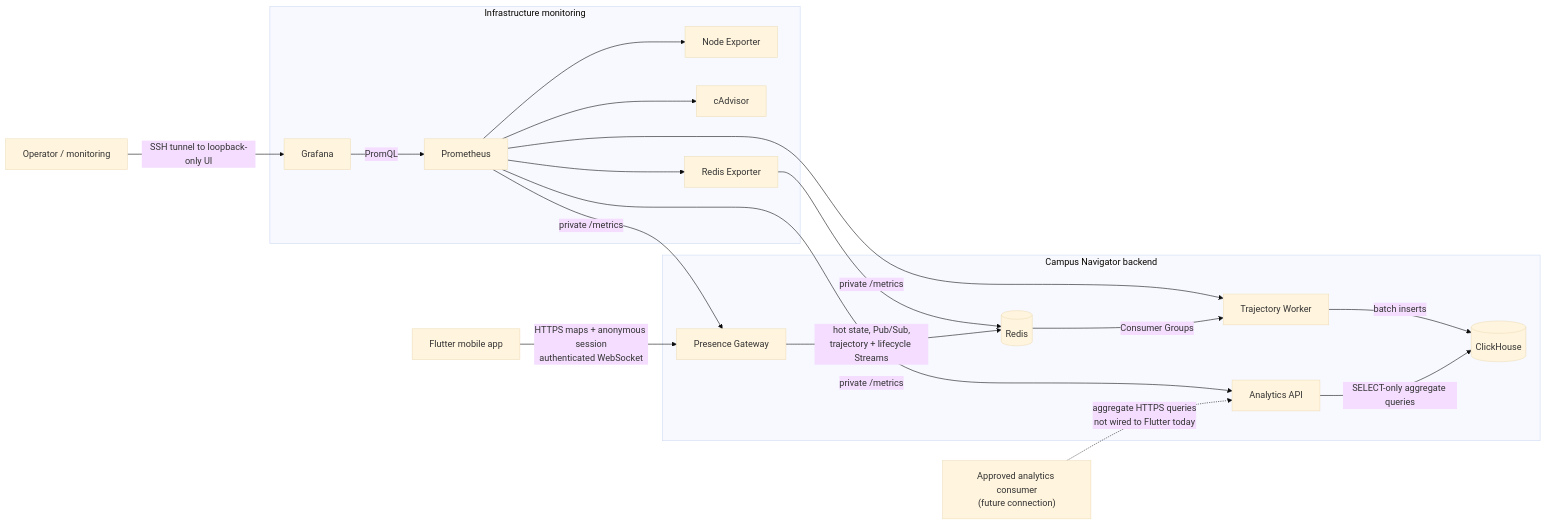
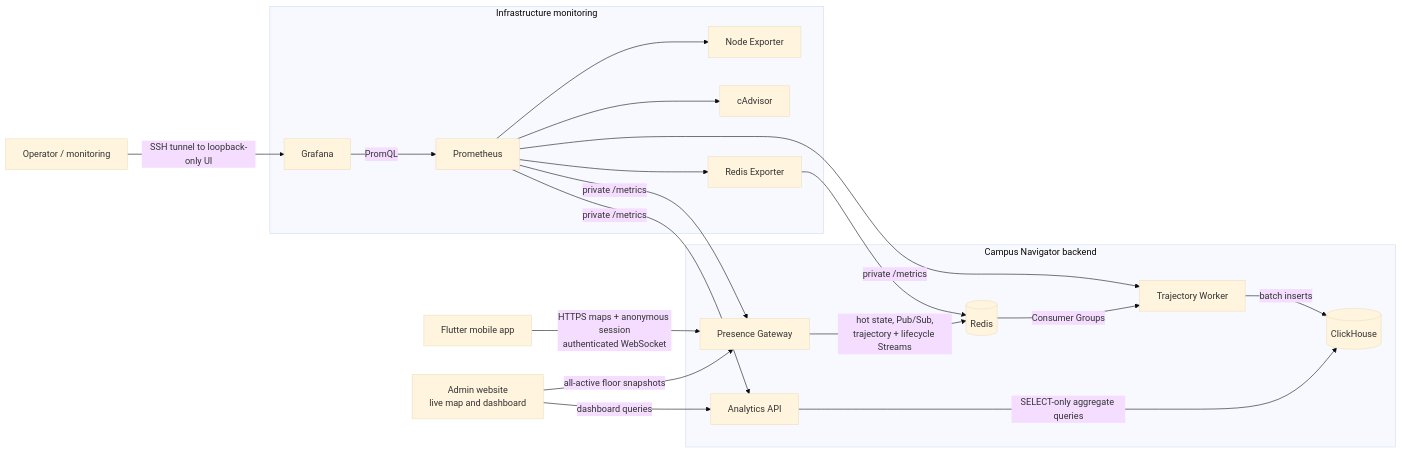
One commit to muliang0711/Tarumt-arena-indoor-navigation-app changed the first of 6 diagrams in tarumt-nav-app/docs/backend/architecture.md. Above: the diagram before and after it, drawn with Mermaid (base theme). The commit also changed other lines of this file and 394 other files, not shown here.

First line of the commit message:
feat: add dashboard endpoint to analytics API

````diff
--- a/tarumt-nav-app/docs/backend/architecture.md
+++ b/tarumt-nav-app/docs/backend/architecture.md
@@ -9,39 +9,40 @@
 ```mermaid
 flowchart LR
     Mobile["Flutter mobile app"]
     Operator["Operator / monitoring"]
-    Consumer["Approved analytics consumer<br/>(future connection)"]
+    Consumer["Admin website<br/>live map and dashboard"]
 
     subgraph Backend["Campus Navigator backend"]
         Gateway["Presence Gateway"]
         Worker["Trajectory Worker"]
         Analytics["Analytics API"]
         Redis[("Redis")]
         ClickHouse[("ClickHouse")]
     end
 
     subgraph Monitoring["Infrastructure monitoring"]
         Grafana["Grafana"]
         Prometheus["Prometheus"]
         NodeExporter["Node Exporter"]
         CAdvisor["cAdvisor"]
         RedisExporter["Redis Exporter"]
     end
 
     Mobile -->|"HTTPS maps + anonymous session<br/>authenticated WebSocket"| Gateway
     Operator -->|"SSH tunnel to loopback-only UI"| Grafana
     Grafana -->|"PromQL"| Prometheus
     Prometheus -->|"private /metrics"| Gateway
     Prometheus -->|"private /metrics"| Worker
     Prometheus -->|"private /metrics"| Analytics
     Prometheus --> NodeExporter
     Prometheus --> CAdvisor
     Prometheus --> RedisExporter
     RedisExporter --> Redis
-    Consumer -.->|"aggregate HTTPS queries<br/>not wired to Flutter today"| Analytics
+    Consumer -->|"dashboard queries"| Analytics
+    Consumer -->|"all-active floor snapshots"| Gateway
 
     Gateway -->|"hot state, Pub/Sub,<br/>trajectory + lifecycle Streams"| Redis
     Redis -->|"Consumer Groups"| Worker
     Worker -->|"batch inserts"| ClickHouse
     Analytics -->|"SELECT-only aggregate queries"| ClickHouse
 ```
````
